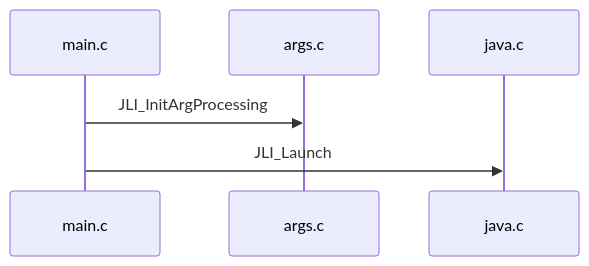
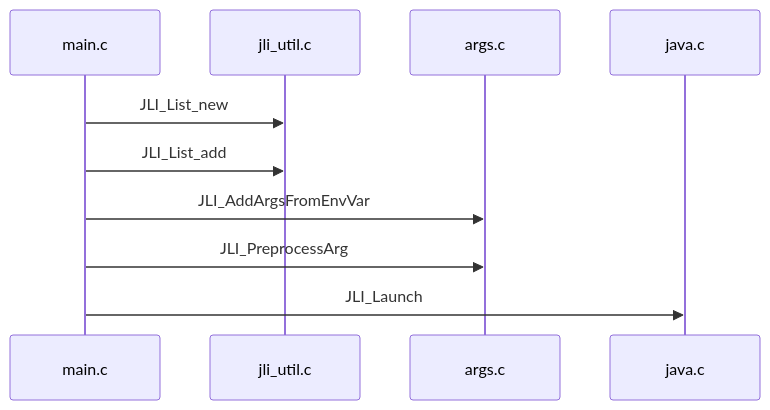
Before and after one commit to Xianzhan/jdk: the first of 2 diagrams in src/java.base/share/native/launcher/readme.md, drawn with Mermaid. The commit also changed other lines of this file, not shown here.

Commit message:
doc: main.c main 函数

````diff
--- a/src/java.base/share/native/launcher/readme.md
+++ b/src/java.base/share/native/launcher/readme.md
@@ -6,9 +10,13 @@
 ```mermaid
 sequenceDiagram
     participant main.c
+    participant jli_util.c
     participant args.c
     participant java.c
 
-    main.c->>args.c: JLI_InitArgProcessing
+    main.c->>jli_util.c: JLI_List_new
+    main.c->>jli_util.c: JLI_List_add
+    main.c->>args.c: JLI_AddArgsFromEnvVar
+    main.c->>args.c: JLI_PreprocessArg
     main.c->>java.c: JLI_Launch
 ```
````
